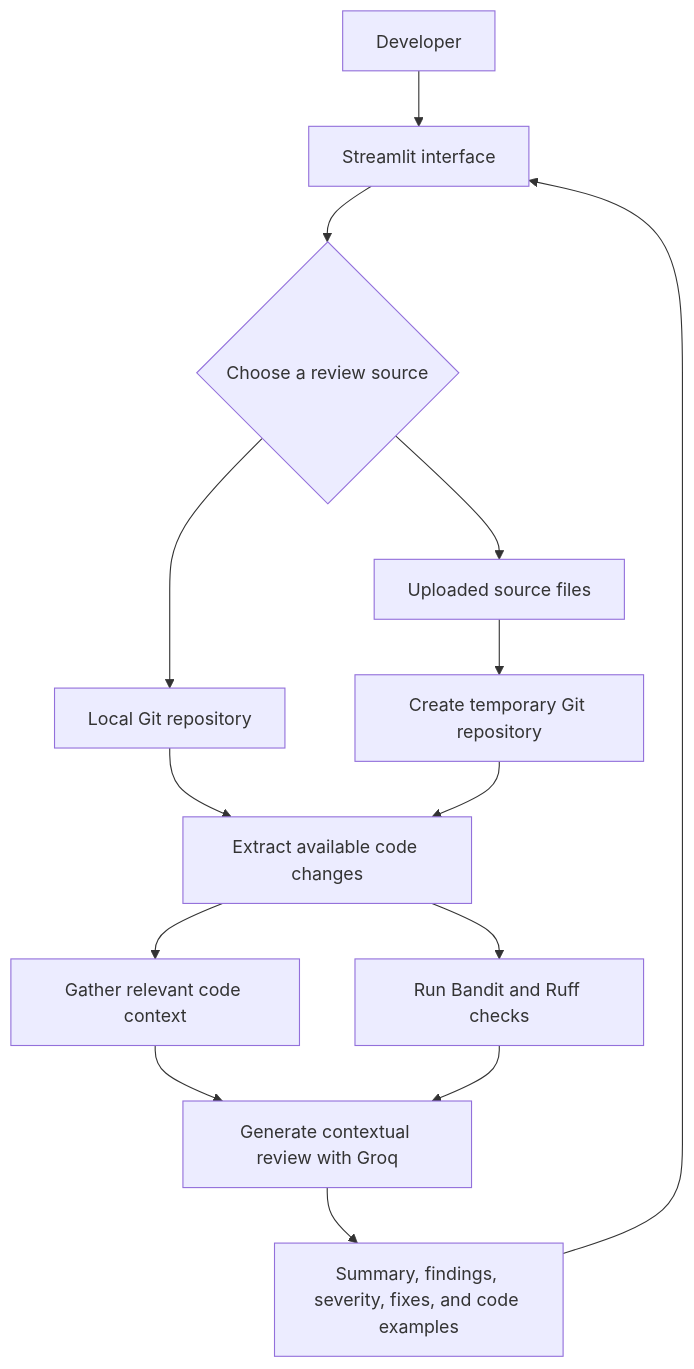
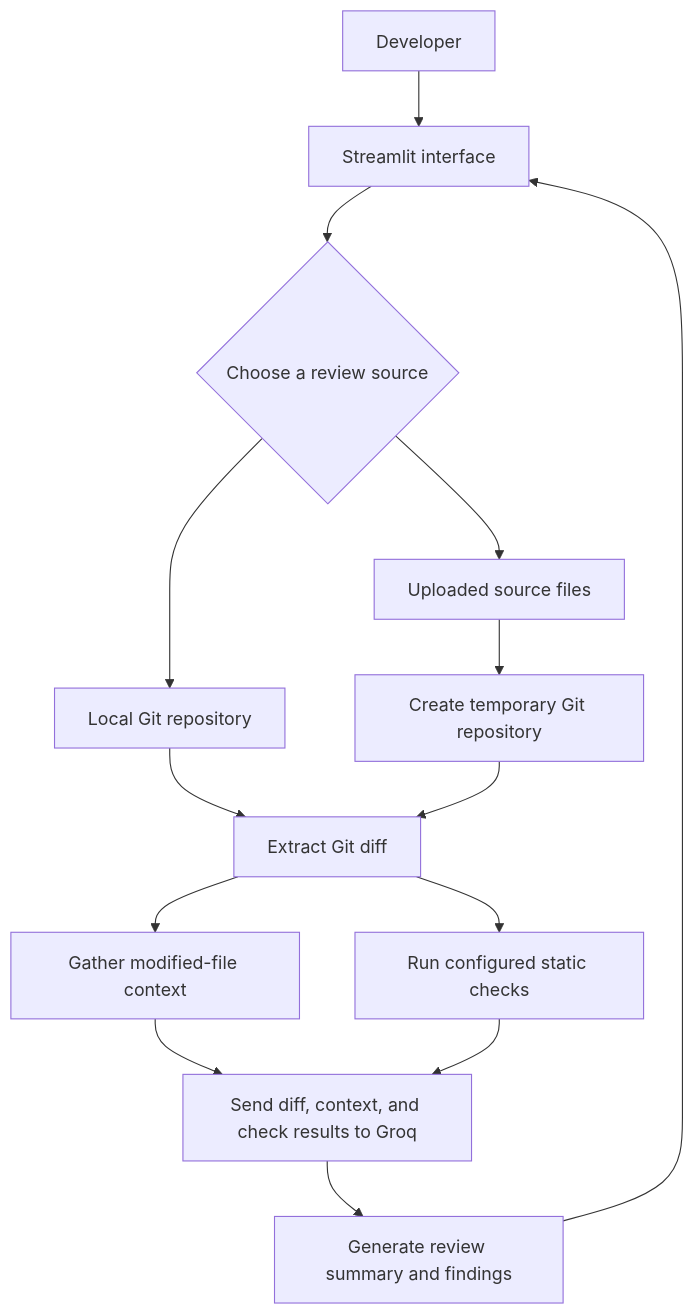
One commit to Ashi72jadoun/Ai_code_reviewer changed the diagram in README.md. Above: the diagram before and after it, drawn with Mermaid. The commit also changed other lines of this file and 1 other file, not shown here.

````diff
--- a/README.md
+++ b/README.md
@@ -95,21 +87,22 @@
 ```mermaid
 flowchart TD
-    USER[Developer] --> UI[Streamlit interface]
+    DEV[Developer] --> UI[Streamlit interface]
 
     UI --> SOURCE{Choose a review source}
+
     SOURCE --> LOCAL[Local Git repository]
     SOURCE --> UPLOAD[Uploaded source files]
 
-    LOCAL --> DIFF[Extract available code changes]
+    LOCAL --> DIFF[Extract Git diff]
     UPLOAD --> TEMP[Create temporary Git repository]
     TEMP --> DIFF
 
-    DIFF --> CONTEXT[Gather relevant code context]
-    DIFF --> STATIC[Run Bandit and Ruff checks]
+    DIFF --> CONTEXT[Gather modified-file context]
+    DIFF --> STATIC[Run configured static checks]
 
-    CONTEXT --> AI[Generate contextual review with Groq]
-    STATIC --> AI
+    CONTEXT --> REVIEW[Send diff, context, and check results to Groq]
+    STATIC --> REVIEW
 
-    AI --> RESULTS[Summary, findings, severity, fixes, and code examples]
-    RESULTS --> UI
+    REVIEW --> REPORT[Generate review summary and findings]
+    REPORT --> UI
 ```
````
